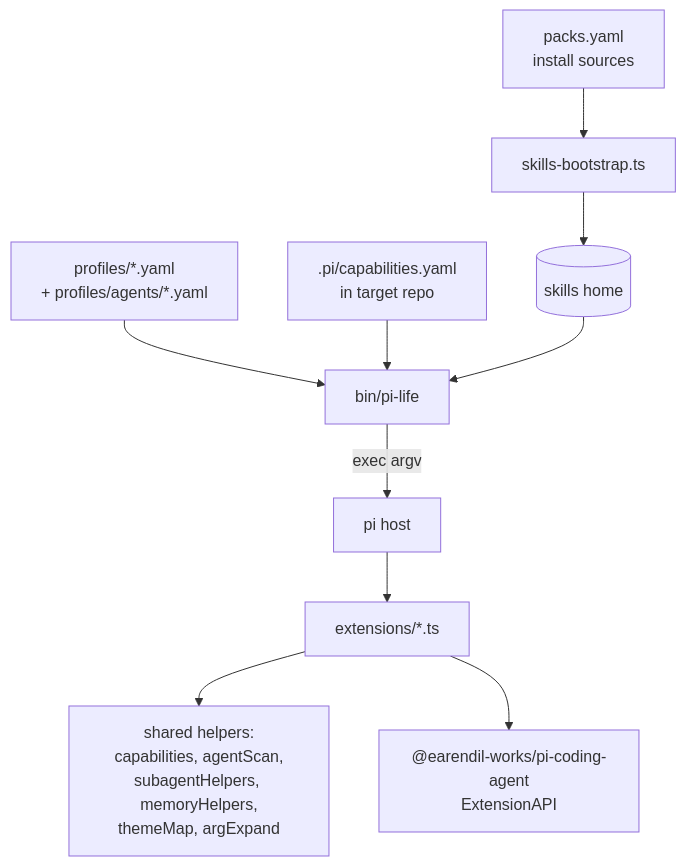
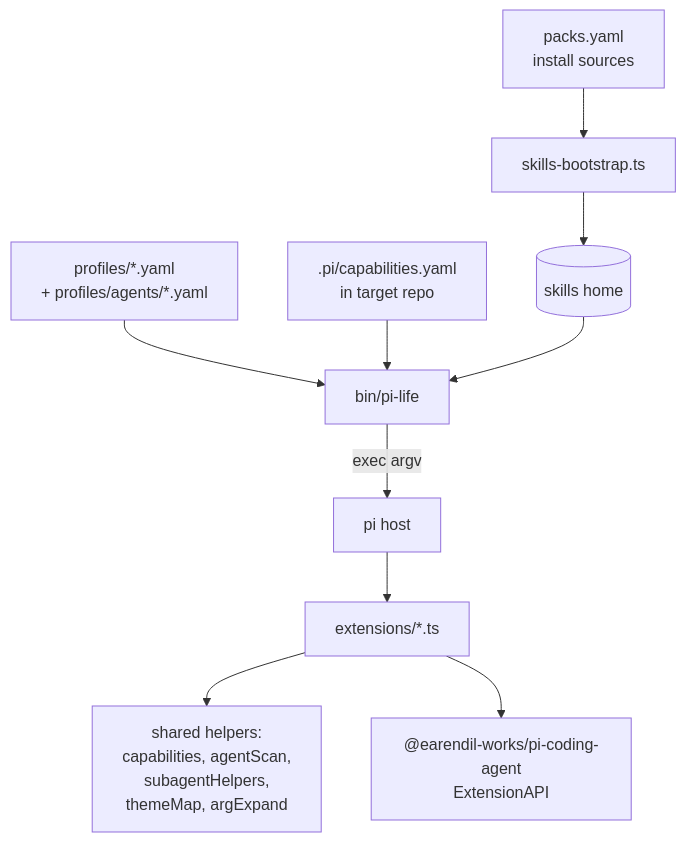
The second of 4 diagrams in ARCHITECTURE.md (igmarin/my-pi-agent), drawn with Mermaid before and after one commit. The commit also changed other lines of this file and 11 other files, not shown here.

````diff
--- a/ARCHITECTURE.md
+++ b/ARCHITECTURE.md
@@ -43,12 +42,12 @@
 ```mermaid
 flowchart TD
     PACKS[packs.yaml<br/>install sources] --> BOOT[skills-bootstrap.ts]
     BOOT --> SH[(skills home)]
     PROF[profiles/*.yaml<br/>+ profiles/agents/*.yaml] --> PL[bin/pi-life]
     OV[.pi/capabilities.yaml<br/>in target repo] --> PL
     SH --> PL
     PL -->|exec argv| PI[pi host]
     PI --> EXT[extensions/*.ts]
-    EXT --> HELPERS[shared helpers:<br/>capabilities, agentScan,<br/>subagentHelpers, memoryHelpers,<br/>themeMap, argExpand]
+    EXT --> HELPERS[shared helpers:<br/>capabilities, agentScan,<br/>subagentHelpers,<br/>themeMap, argExpand]
     EXT --> PIAPI["@earendil-works/pi-coding-agent<br/>ExtensionAPI"]
 ```
````
